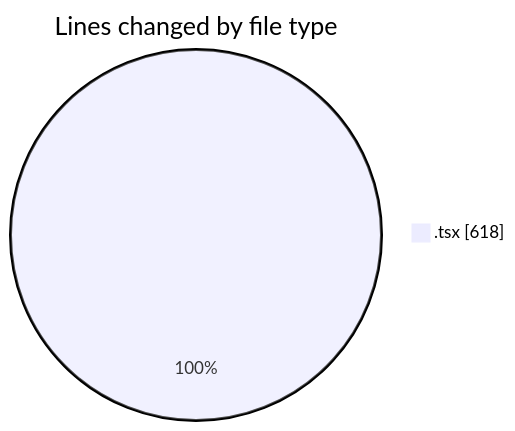
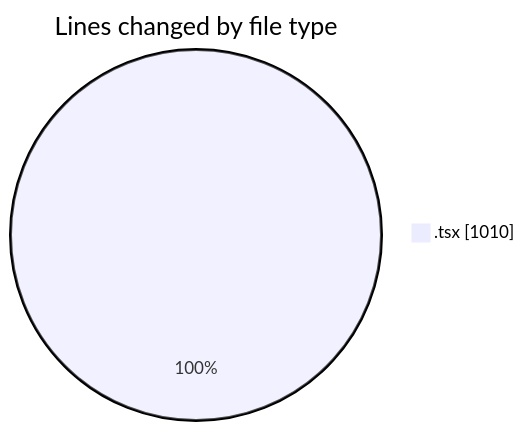
One commit to momahboobian/code-tracking changed the first of 2 diagrams in 2026-05-11/cda/README.md. Above: the diagram before and after it, drawn with Mermaid. The commit also changed other lines of this file and 1 other file, not shown here.

````diff
--- a/2026-05-11/cda/README.md
+++ b/2026-05-11/cda/README.md
@@ -24,5 +25,5 @@
 ```mermaid
 pie showData
 title Lines changed by file type
-".tsx" : 618
+".tsx" : 1010
 ```
````
